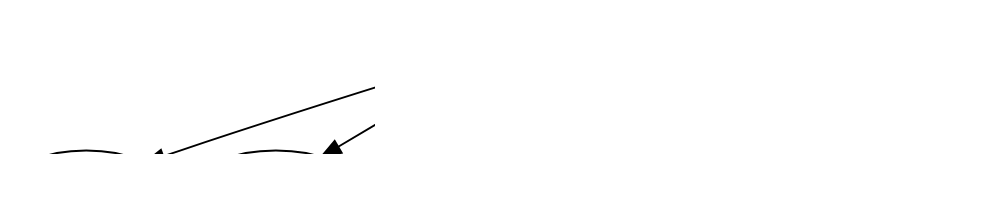
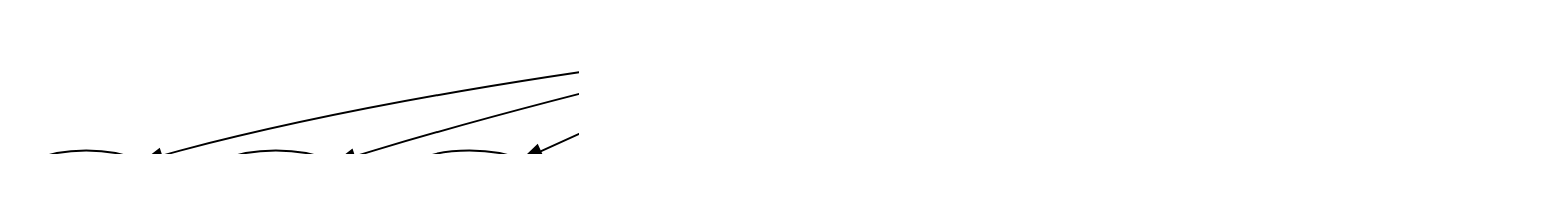
One commit to Serapieum-of-alex/pyramids changed the diagram in docs/index.rst. Above: the diagram before and after it, drawn with Graphviz. The commit also changed other lines of this file and 1 other file, not shown here.

```diff
--- a/docs/index.rst
+++ b/docs/index.rst
@@ -80,8 +80,11 @@
 .. digraph:: Linking
 
     pyramids -> raster;
     pyramids -> vector;
-    pyramids -> catchment;
     pyramids -> netcdf;
     pyramids -> convert;
+    pyramids -> array;
+    pyramids -> catchment;
+    pyramids -> indexing;
+    pyramids -> utils;
     dpi=200;
```
